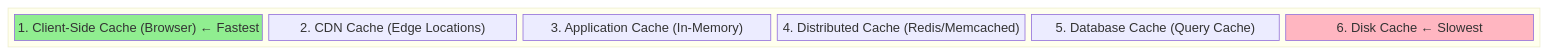
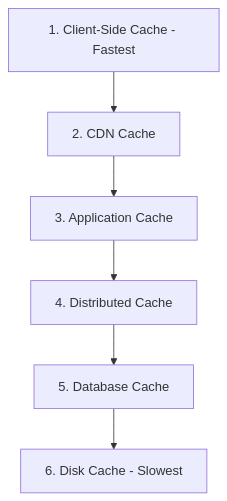
The first of 9 diagrams in SystemDesign/SystemDesign/Sessions/Cache/Cache.md (calmrocks/system-design-dive-deep), drawn with Mermaid before and after one commit. The commit also changed other lines of this file and 1 other file, not shown here.

Commit message:
vault backup: 2026-01-05 09:35:52

````diff
--- a/SystemDesign/SystemDesign/Sessions/Cache/Cache.md
+++ b/SystemDesign/SystemDesign/Sessions/Cache/Cache.md
@@ -79,15 +79,15 @@
 ```mermaid
-block-beta
-    columns 1
-    block:layers
-        L1["1. Client-Side Cache (Browser) ← Fastest"]
-        L2["2. CDN Cache (Edge Locations)"]
-        L3["3. Application Cache (In-Memory)"]
-        L4["4. Distributed Cache (Redis/Memcached)"]
-        L5["5. Database Cache (Query Cache)"]
-        L6["6. Disk Cache ← Slowest"]
-    end
+flowchart TD
+    L1["1. Client-Side Cache - Fastest"]
+    L2["2. CDN Cache"]
+    L3["3. Application Cache"]
+    L4["4. Distributed Cache"]
+    L5["5. Database Cache"]
+    L6["6. Disk Cache - Slowest"]
     
-    style L1 fill:#90EE90
-    style L6 fill:#FFB6C1
+    L1 --> L2
+    L2 --> L3
+    L3 --> L4
+    L4 --> L5
+    L5 --> L6
 ```
````
